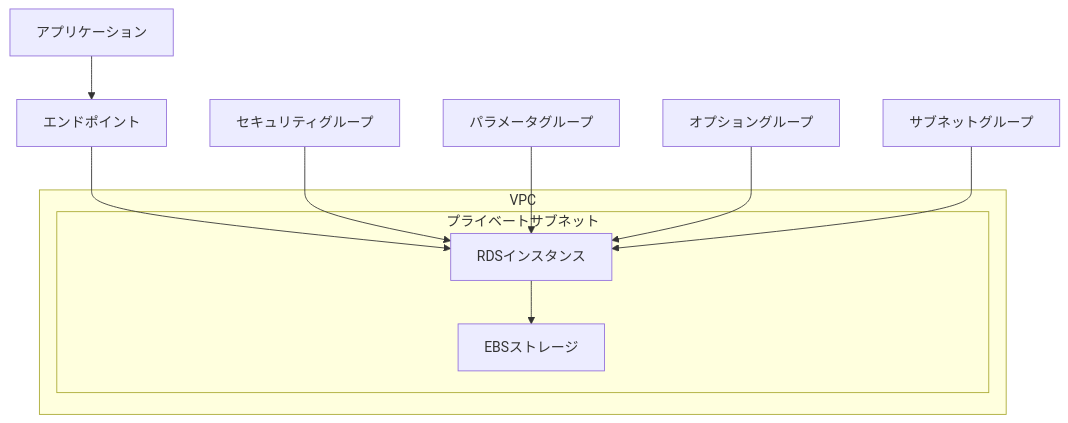
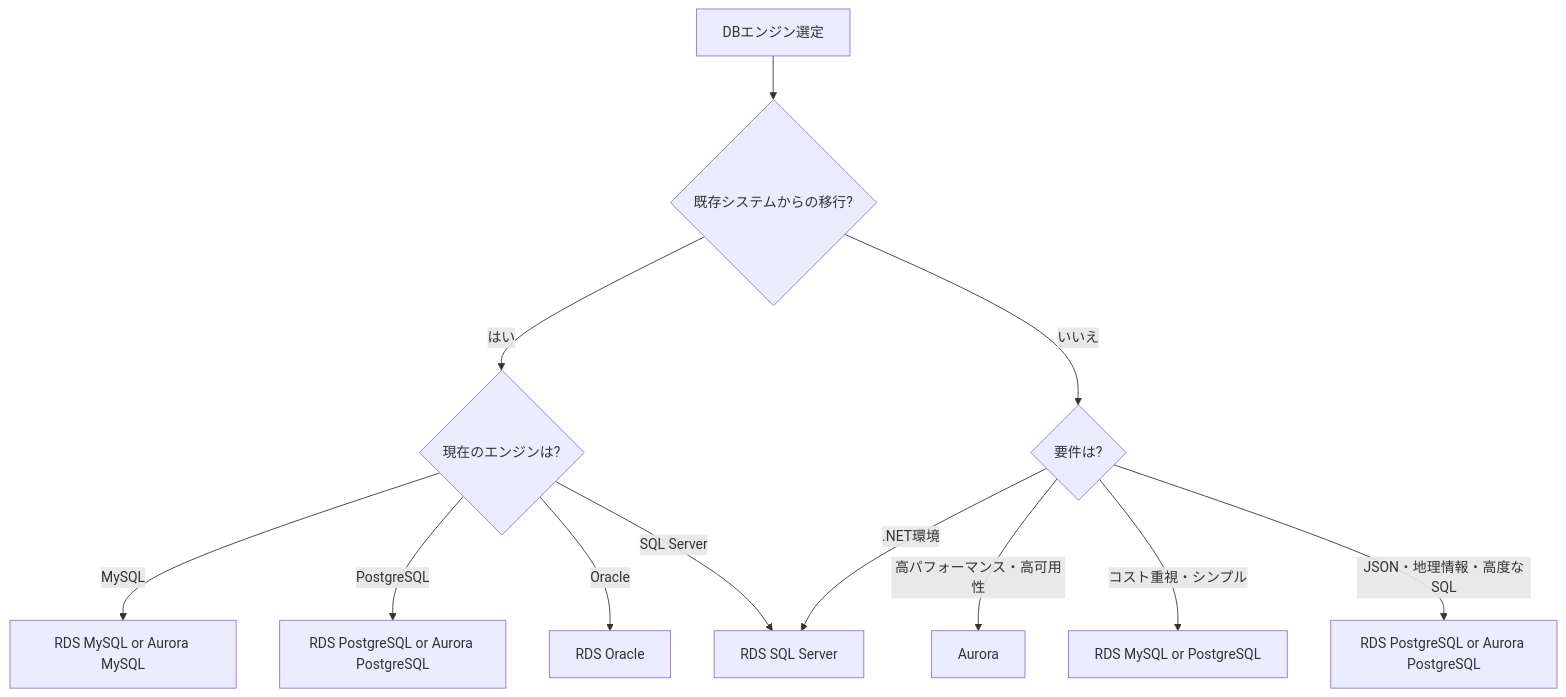
One commit to MaitaTomoya/mt.github.io changed the first of 3 diagrams in roadmap/aws-rds.md. Above: the diagram before and after it, drawn with Mermaid. The commit also changed other lines of this file and 2 other files, not shown here.

First line of the commit message:
feat: IAM記事を大幅強化（983行・Mermaid図8つ）+ RDS/CloudFront記事を拡充

````diff
--- a/roadmap/aws-rds.md
+++ b/roadmap/aws-rds.md
@@ -43,18 +44,14 @@
 ```mermaid
 graph TD
-    A[アプリケーション] --> B[エンドポイント]
-    B --> C[RDSインスタンス]
-    C --> D[EBSストレージ]
-
-    subgraph "VPC"
-        subgraph "プライベートサブネット"
-            C
-            D
-        end
-    end
-
-    E[セキュリティグループ] --> C
-    F[パラメータグループ] --> C
-    G[オプショングループ] --> C
-    H[サブネットグループ] --> C
+    A[DBエンジン選定] --> B{既存システムからの移行?}
+    B -->|はい| C{現在のエンジンは?}
+    C -->|MySQL| D[RDS MySQL or Aurora MySQL]
+    C -->|PostgreSQL| E[RDS PostgreSQL or Aurora PostgreSQL]
+    C -->|Oracle| F[RDS Oracle]
+    C -->|SQL Server| G[RDS SQL Server]
+    B -->|いいえ| H{要件は?}
+    H -->|高パフォーマンス・高可用性| I[Aurora]
+    H -->|コスト重視・シンプル| J[RDS MySQL or PostgreSQL]
+    H -->|JSON・地理情報・高度なSQL| K[RDS PostgreSQL or Aurora PostgreSQL]
+    H -->|.NET環境| G
 ```
````
